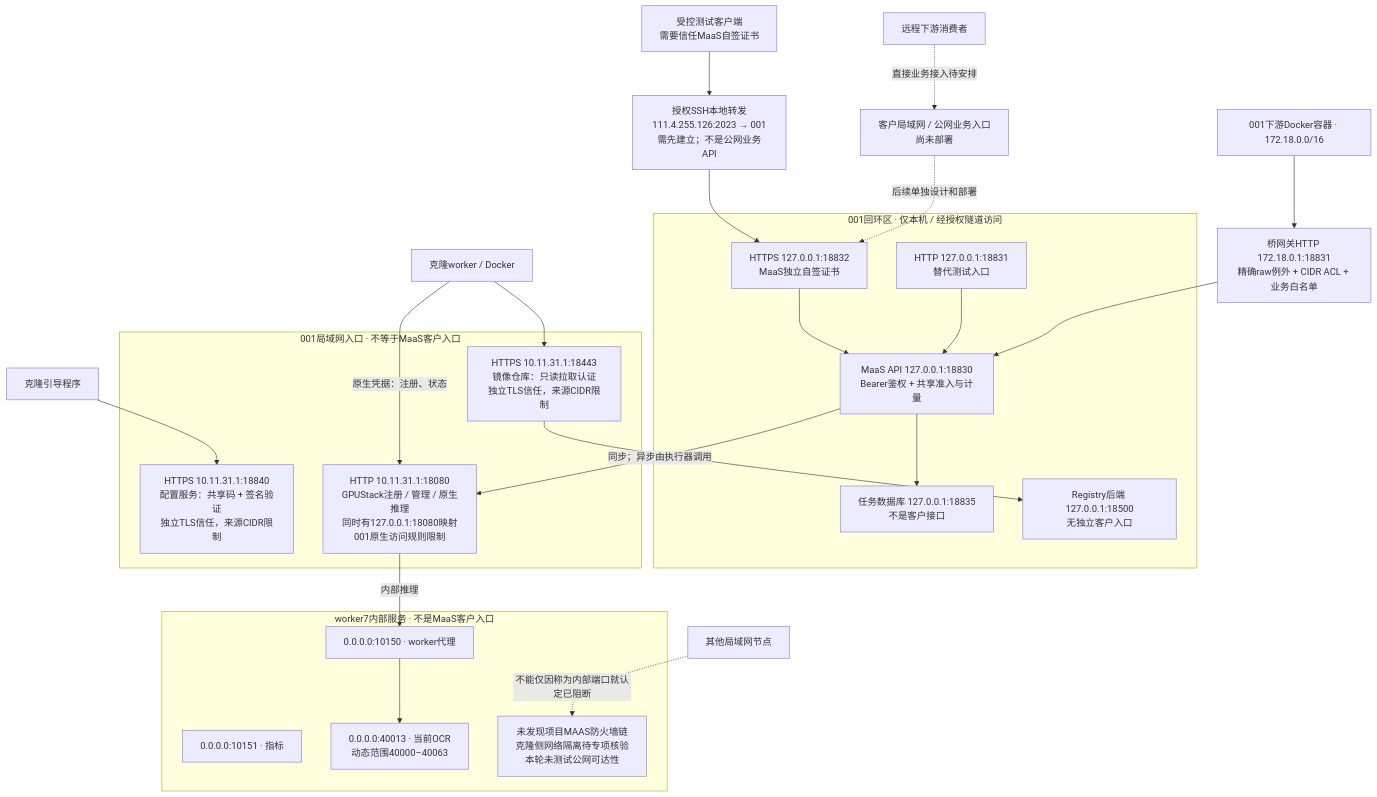
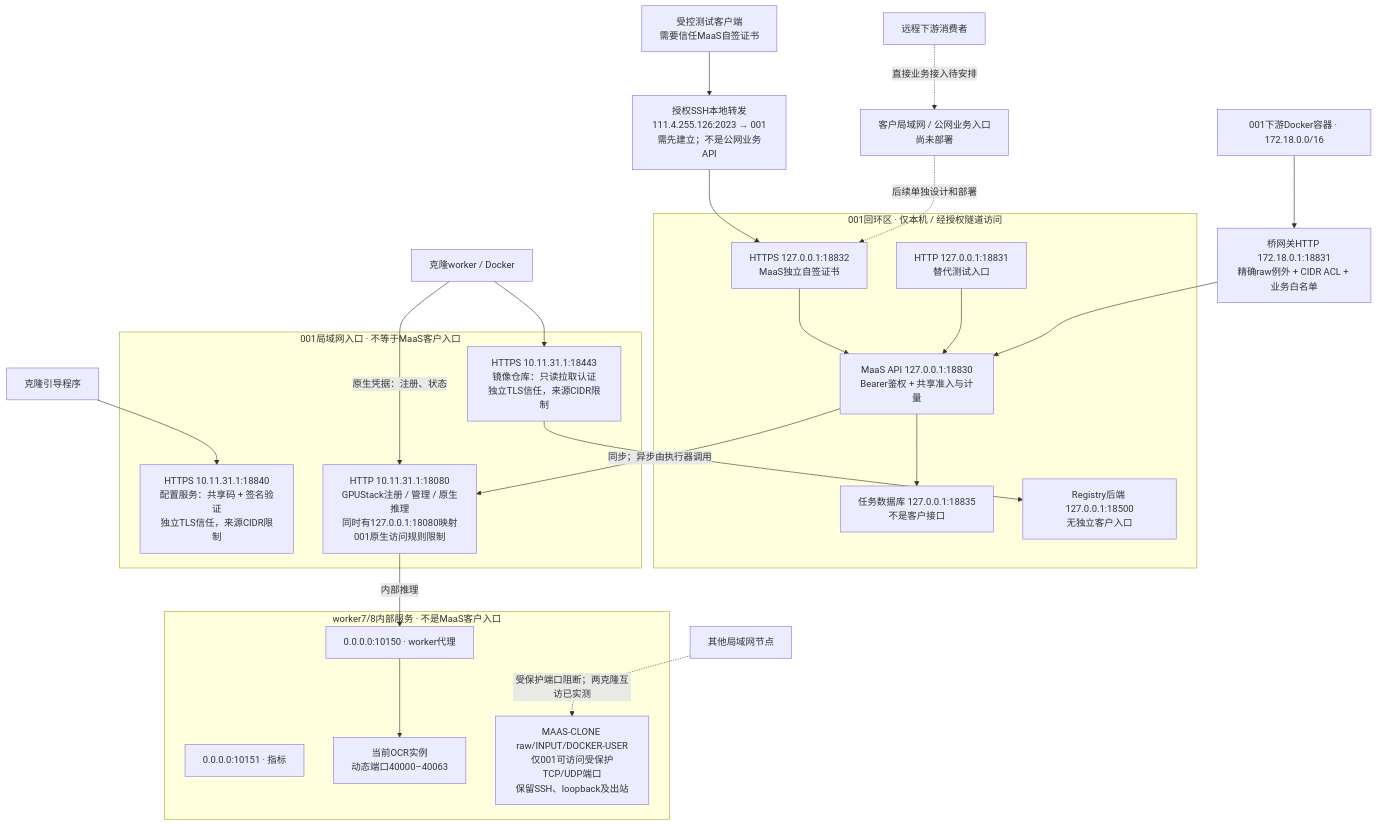
The second of 2 diagrams in docs/framework/CURRENT-ARCHITECTURE.md (WTaoGitHub/cybercafe-maas), drawn with Mermaid before and after one commit. The commit also changed other lines of this file and 10 other files, not shown here.

````diff
--- a/docs/framework/CURRENT-ARCHITECTURE.md
+++ b/docs/framework/CURRENT-ARCHITECTURE.md
@@ -74,42 +74,42 @@
 ```mermaid
 flowchart TB
     REMOTE["远程下游消费者"]
     TEST["受控测试客户端<br/>需要信任MaaS自签证书"]
     SSH["授权SSH本地转发<br/>111.4.255.126:2023 → 001<br/>需先建立；不是公网业务API"]
     FUTURE["客户局域网 / 公网业务入口<br/>尚未部署"]
     REMOTE -. "直接业务接入待安排" .-> FUTURE
     TEST --> SSH
     subgraph LOOP["001回环区 · 仅本机 / 经授权隧道访问"]
         TLS["HTTPS 127.0.0.1:18832<br/>MaaS独立自签证书"]
         HTTP["HTTP 127.0.0.1:18831<br/>替代测试入口"]
         APP["MaaS API 127.0.0.1:18830<br/>Bearer鉴权 + 共享准入与计量"]
         PG["任务数据库 127.0.0.1:18835<br/>不是客户接口"]
         STORE["Registry后端 127.0.0.1:18500<br/>无独立客户入口"]
         TLS --> APP
         HTTP --> APP
         APP --> PG
     end
     DC["001下游Docker容器 · 172.18.0.0/16"] --> CE["桥网关HTTP 172.18.0.1:18831<br/>精确raw例外 + CIDR ACL + 业务白名单"]
     CE --> APP
     SSH --> TLS
     FUTURE -. "后续单独设计和部署" .-> TLS
     subgraph LAN["001局域网入口 · 不等于MaaS客户入口"]
         CONFIG["HTTPS 10.11.31.1:18840<br/>配置服务：共享码 + 签名验证<br/>独立TLS信任，来源CIDR限制"]
         REGISTRY["HTTPS 10.11.31.1:18443<br/>镜像仓库：只读拉取认证<br/>独立TLS信任，来源CIDR限制"]
         NATIVE["HTTP 10.11.31.1:18080<br/>GPUStack注册 / 管理 / 原生推理<br/>同时有127.0.0.1:18080映射<br/>001原生访问规则限制"]
     end
     REGISTRY --> STORE
     CLIENTBOOT["克隆引导程序"] --> CONFIG
     WORKER["克隆worker / Docker"] --> REGISTRY
     WORKER -->|"原生凭据：注册、状态"| NATIVE
     APP -->|"同步；异步由执行器调用"| NATIVE
-    subgraph WP["worker7内部服务 · 不是MaaS客户入口"]
+    subgraph WP["worker7/8内部服务 · 不是MaaS客户入口"]
         PROXY["0.0.0.0:10150 · worker代理"]
         METRIC["0.0.0.0:10151 · 指标"]
-        ENGINE["0.0.0.0:40013 · 当前OCR<br/>动态范围40000–40063"]
-        ACL["未发现项目MAAS防火墙链<br/>克隆侧网络隔离待专项核验<br/>本轮未测试公网可达性"]
+        ENGINE["当前OCR实例<br/>动态端口40000–40063"]
+        ACL["MAAS-CLONE raw/INPUT/DOCKER-USER<br/>仅001可访问受保护TCP/UDP端口<br/>保留SSH、loopback及出站"]
         PROXY --> ENGINE
     end
     NATIVE -->|"内部推理"| PROXY
-    PEER["其他局域网节点"] -. "不能仅因称为内部端口就认定已阻断" .-> ACL
+    PEER["其他局域网节点"] -. "受保护端口阻断；两克隆互访已实测" .-> ACL
 ```
````
